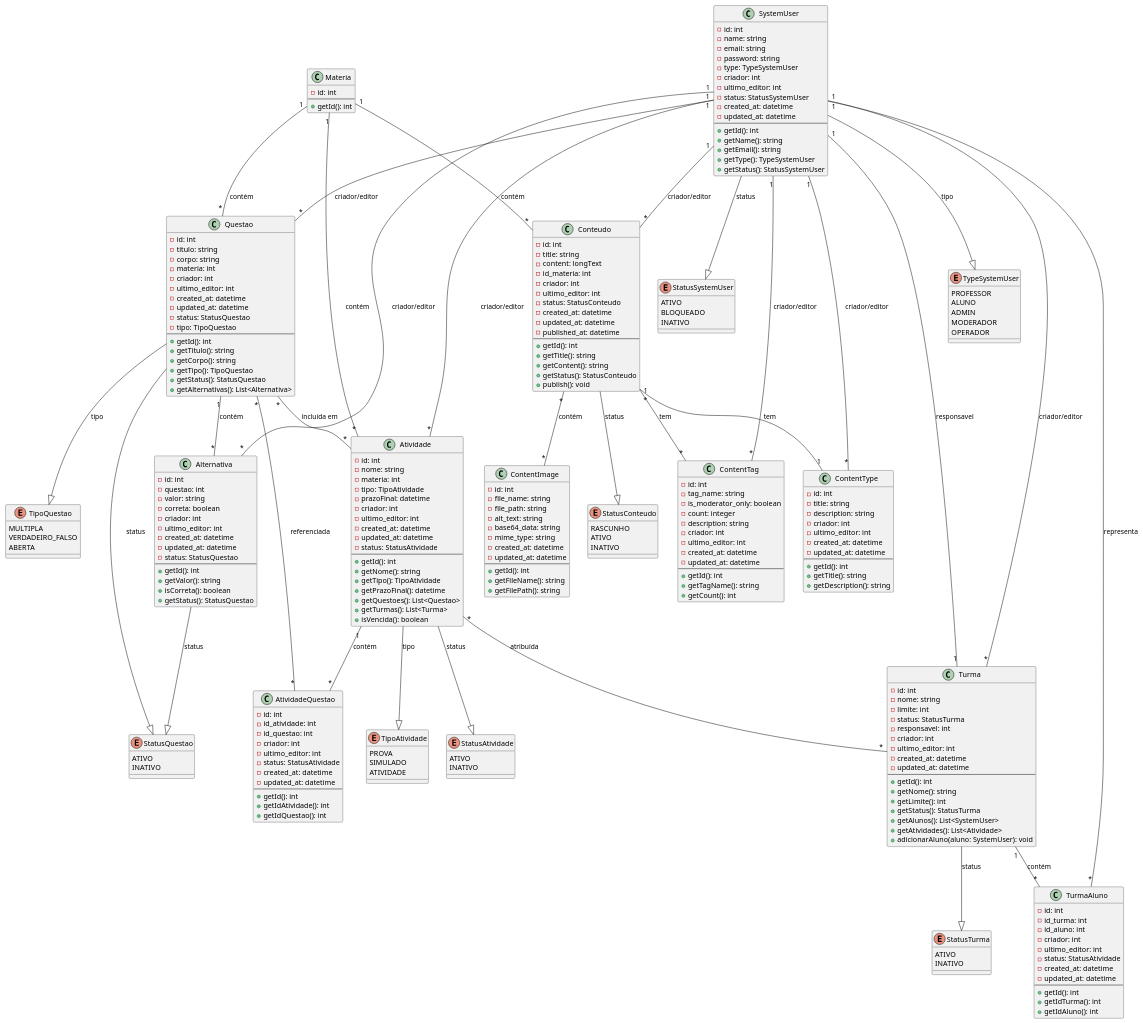
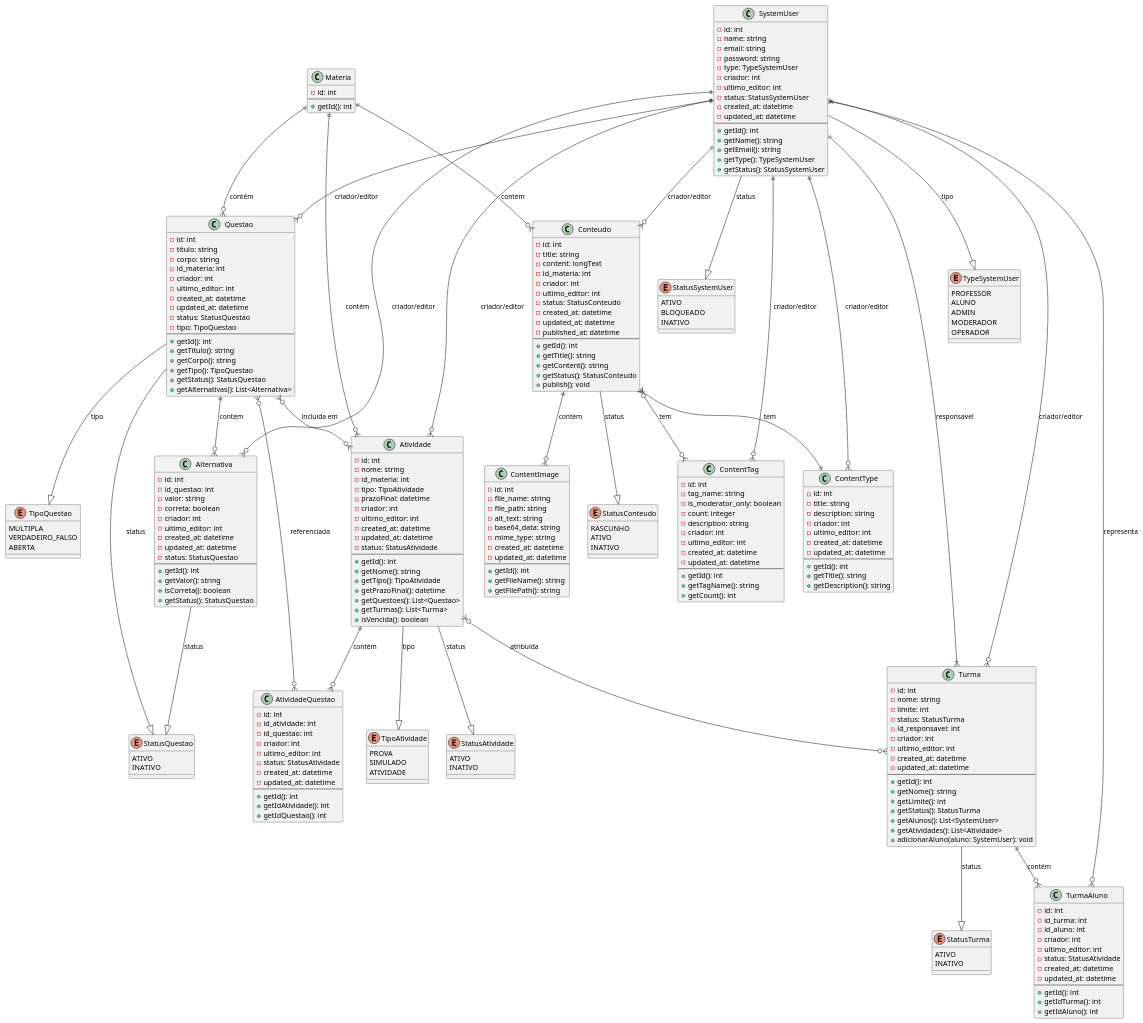
One commit to Ramalho7/mesomindsDocs changed the diagram in docs/technical_docs/architecture/diagrams/classDiagram/0001-ClassDiagram/0001-ClassDiagram.plantuml. Above: the diagram before and after it, drawn with PlantUML.

Commit message:
Add: classUML

```diff
--- a/docs/technical_docs/architecture/diagrams/classDiagram/0001-ClassDiagram/0001-ClassDiagram.plantuml
+++ b/docs/technical_docs/architecture/diagrams/classDiagram/0001-ClassDiagram/0001-ClassDiagram.plantuml
@@ -140,7 +140,7 @@
   - id: int
   - titulo: string
   - corpo: string
-  - materia: int
+  - id_materia: int
   - criador: int
   - ultimo_editor: int
   - created_at: datetime
@@ -158,7 +158,7 @@
 
 class Alternativa {
   - id: int
-  - questao: int
+  - id_questao: int
   - valor: string
   - correta: boolean
   - criador: int
@@ -176,7 +176,7 @@
 class Atividade {
   - id: int
   - nome: string
-  - materia: int
+  - id_materia: int
   - tipo: TipoAtividade
   - prazoFinal: datetime
   - criador: int
@@ -214,7 +214,7 @@
   - nome: string
   - limite: int
   - status: StatusTurma
-  - responsavel: int
+  - id_responsavel: int
   - criador: int
   - ultimo_editor: int
   - created_at: datetime
@@ -244,33 +244,33 @@
   + getIdAluno(): int
 }
 
-' Relacionamentos
-SystemUser "1" -- "*" Conteudo : criador/editor
-SystemUser "1" -- "*" ContentTag : criador/editor
-SystemUser "1" -- "*" ContentType : criador/editor
-SystemUser "1" -- "*" Questao : criador/editor
-SystemUser "1" -- "*" Alternativa : criador/editor
-SystemUser "1" -- "*" Atividade : criador/editor
-SystemUser "1" -- "1" Turma : responsavel
-SystemUser "1" -- "*" Turma : criador/editor
+' Relacionamentos com notação Crow's Foot
+SystemUser ||--o{ Conteudo : "criador/editor"
+SystemUser ||--o{ ContentTag : "criador/editor"
+SystemUser ||--o{ ContentType : "criador/editor"
+SystemUser ||--o{ Questao : "criador/editor"
+SystemUser ||--o{ Alternativa : "criador/editor"
+SystemUser ||--o{ Atividade : "criador/editor"
+SystemUser ||--|{ Turma : "responsavel"
+SystemUser ||--o{ Turma : "criador/editor"
 
-Materia "1" -- "*" Conteudo : contém
-Materia "1" -- "*" Questao : contém
-Materia "1" -- "*" Atividade : contém
+Materia ||--o{ Conteudo : "contém"
+Materia ||--o{ Questao : "contém"
+Materia ||--o{ Atividade : "contém"
 
-Conteudo "*" -- "*" ContentTag : tem
-Conteudo "*" -- "*" ContentImage : contém
-Conteudo "1" -- "1" ContentType : tem
+Conteudo }o--o{ ContentTag : "tem"
+Conteudo ||--o{ ContentImage : "contém"
+Conteudo }|--|| ContentType : "tem"
 
-Questao "1" -- "*" Alternativa : contém
-Questao "*" -- "*" Atividade : incluída em
-Questao "*" -- "*" AtividadeQuestao : referenciada
+Questao ||--o{ Alternativa : "contém"
+Questao }o--o{ Atividade : "incluída em"
+Questao }o--o{ AtividadeQuestao : "referenciada"
 
-Atividade "1" -- "*" AtividadeQuestao : contém
-Atividade "*" -- "*" Turma : atribuída
+Atividade ||--o{ AtividadeQuestao : "contém"
+Atividade }o--o{ Turma : "atribuída"
 
-Turma "1" -- "*" TurmaAluno : contém
-TurmaAluno "*" -- "1" SystemUser : representa
+Turma ||--o{ TurmaAluno : "contém"
+TurmaAluno }o--|{ SystemUser : "representa"
 
 SystemUser --|> TypeSystemUser : tipo
 SystemUser --|> StatusSystemUser : status
```
